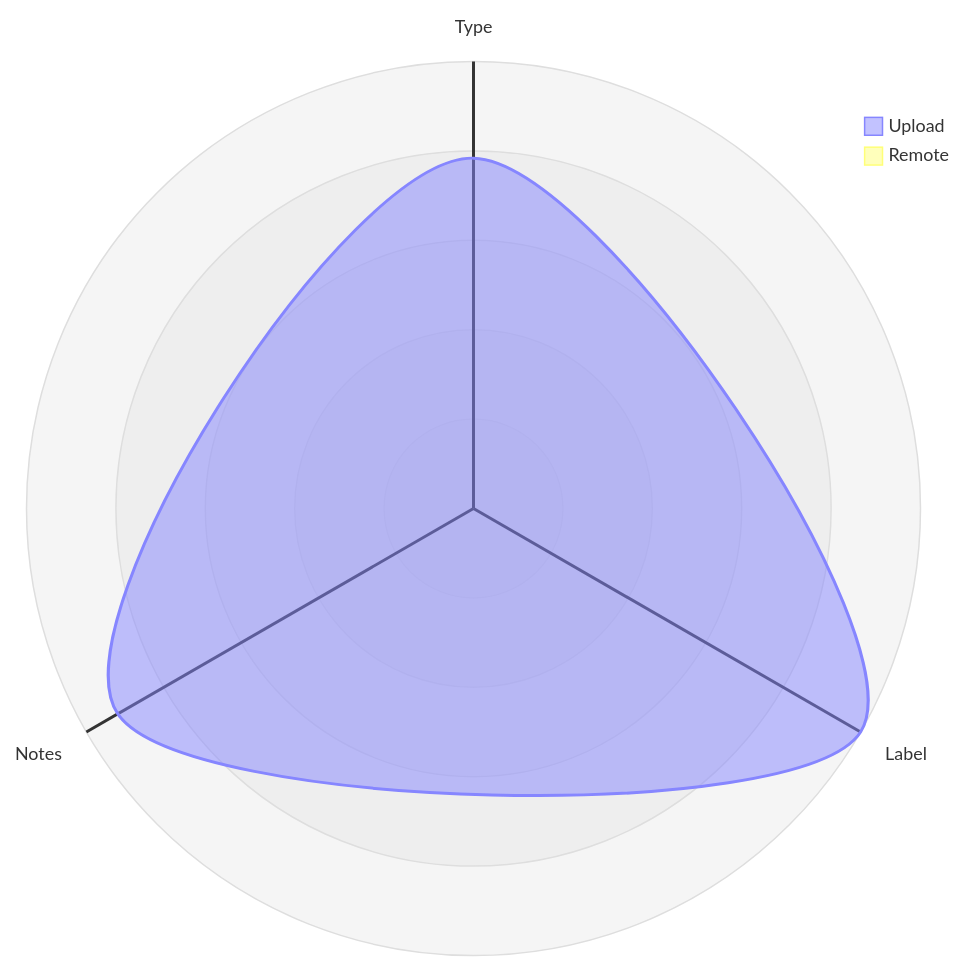
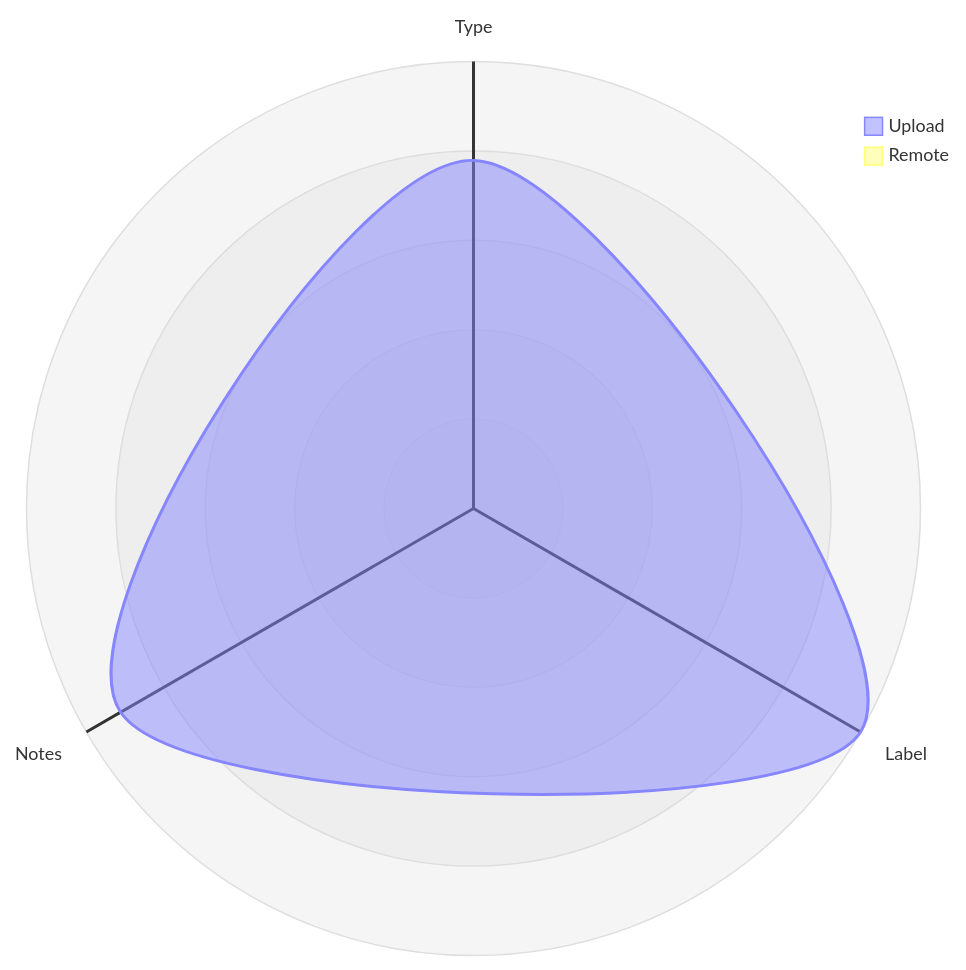
The third of 5 diagrams in datastore_tracker/README.md (open-data/analytics-corporate-reporting), drawn with Mermaid before and after one commit. The commit also changed other lines of this file and 8 other files, not shown here.

````diff
--- a/datastore_tracker/README.md
+++ b/datastore_tracker/README.md
@@ -107,12 +107,12 @@
 ```mermaid
 radar-beta
   axis T["Type"], L["Label"], N["Notes"]
-  curve u["Upload"]{0.00087, 0.00111, 0.00102}
+  curve u["Upload"]{0.00088, 0.00113, 0.00103}
   curve r["Remote"]{0, 0, 0}
 
   showLegend true
 
   min 0
   graticule circle
   ticks 5
 ```
````
